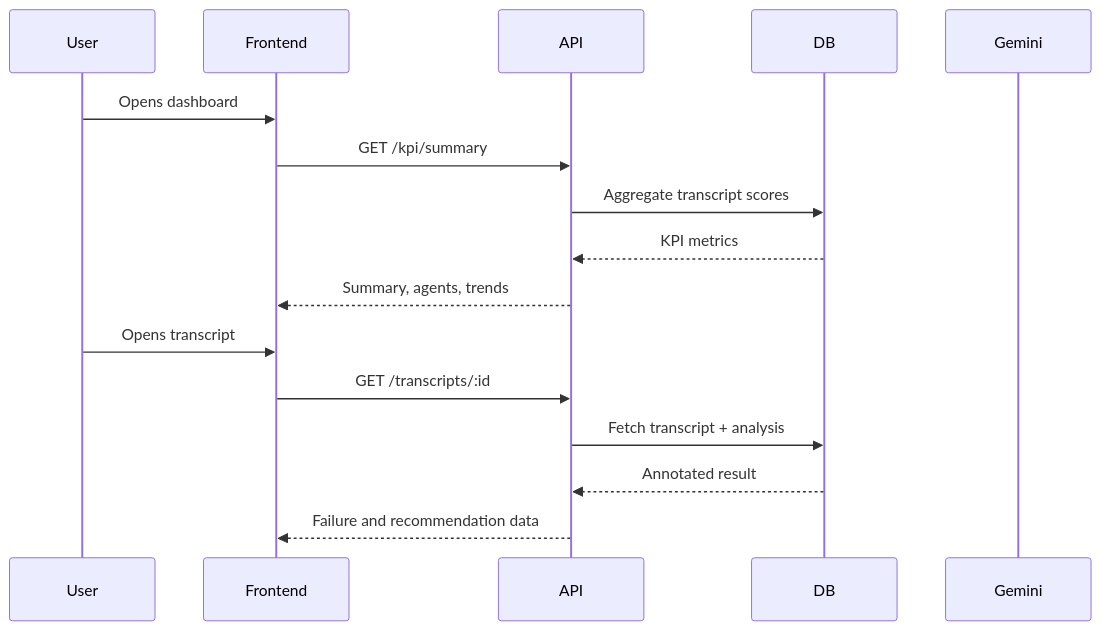
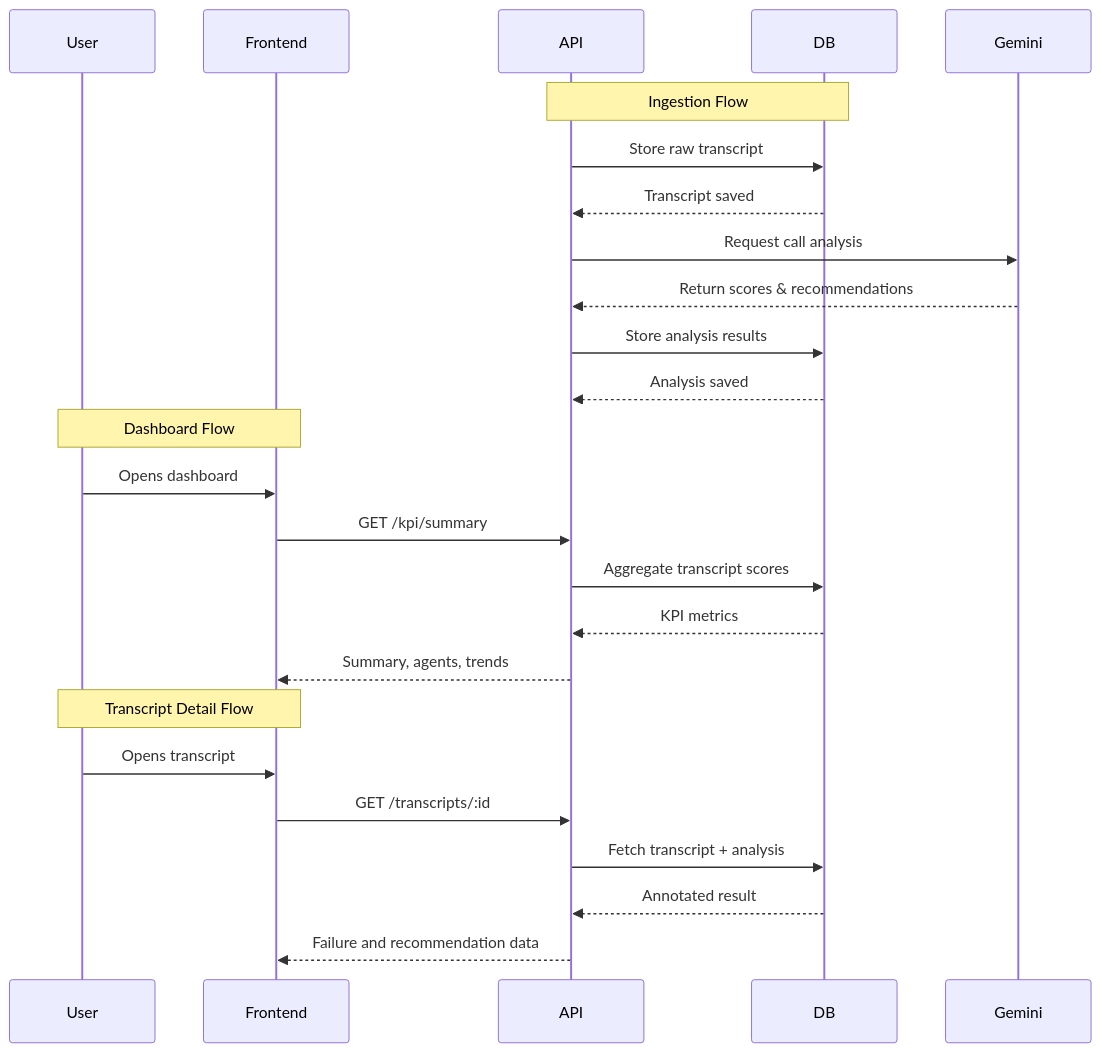
Before and after one commit to anshnt/ghl_voice_backend: the second of 2 diagrams in README.md, drawn with Mermaid.

Commit message:
docs: Update API User Flow to show Gemini interaction
- Add ingestion flow showing transcript storage and Gemini analysis
- Add separate sections for dashboard and transcript detail flows
- Show how Gemini receives transcripts and returns analysis

````diff
--- a/README.md
+++ b/README.md
@@ -65,19 +65,30 @@
 ```mermaid
 sequenceDiagram
   participant User
   participant Frontend
   participant API
   participant DB
   participant Gemini
 
+  Note over API,DB: Ingestion Flow
+  API->>DB: Store raw transcript
+  DB-->>API: Transcript saved
+  API->>Gemini: Request call analysis
+  Gemini-->>API: Return scores & recommendations
+  API->>DB: Store analysis results
+  DB-->>API: Analysis saved
+
+  Note over User,Frontend: Dashboard Flow
   User->>Frontend: Opens dashboard
   Frontend->>API: GET /kpi/summary
   API->>DB: Aggregate transcript scores
   DB-->>API: KPI metrics
   API-->>Frontend: Summary, agents, trends
+
+  Note over User,Frontend: Transcript Detail Flow
   User->>Frontend: Opens transcript
   Frontend->>API: GET /transcripts/:id
   API->>DB: Fetch transcript + analysis
   DB-->>API: Annotated result
   API-->>Frontend: Failure and recommendation data
 ```
````
